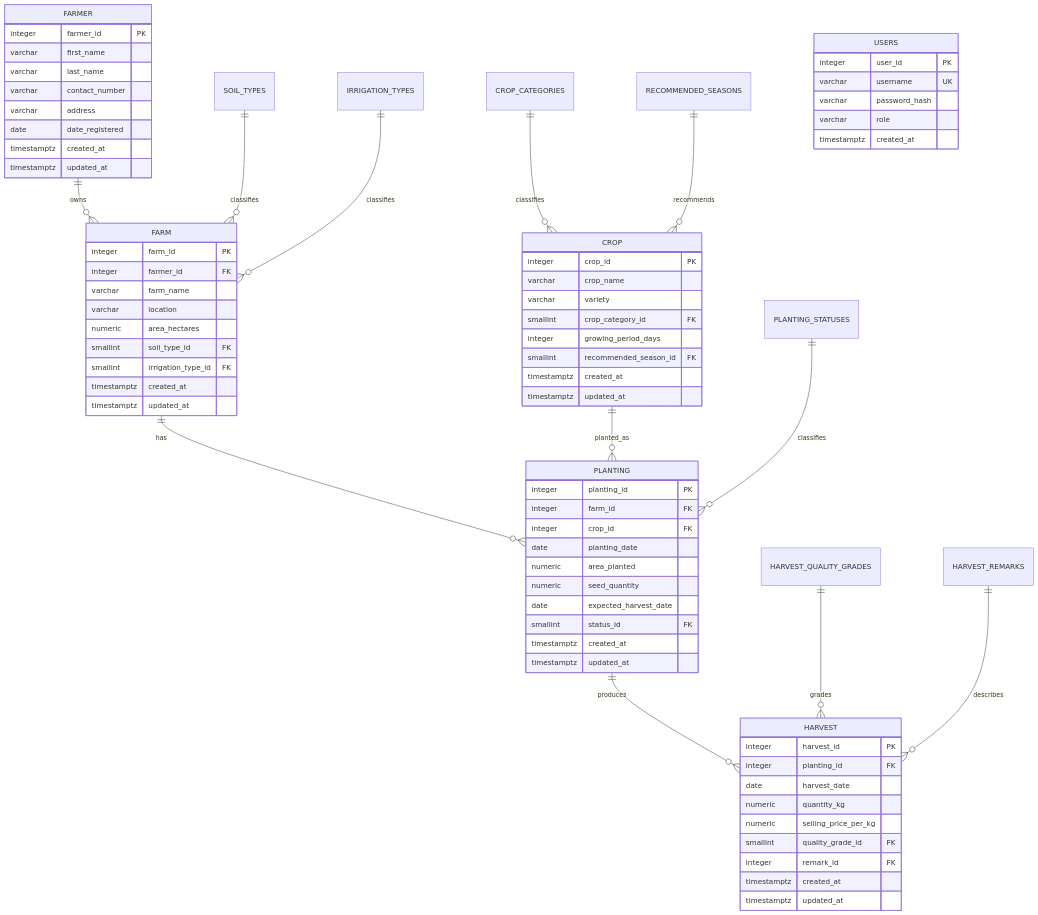
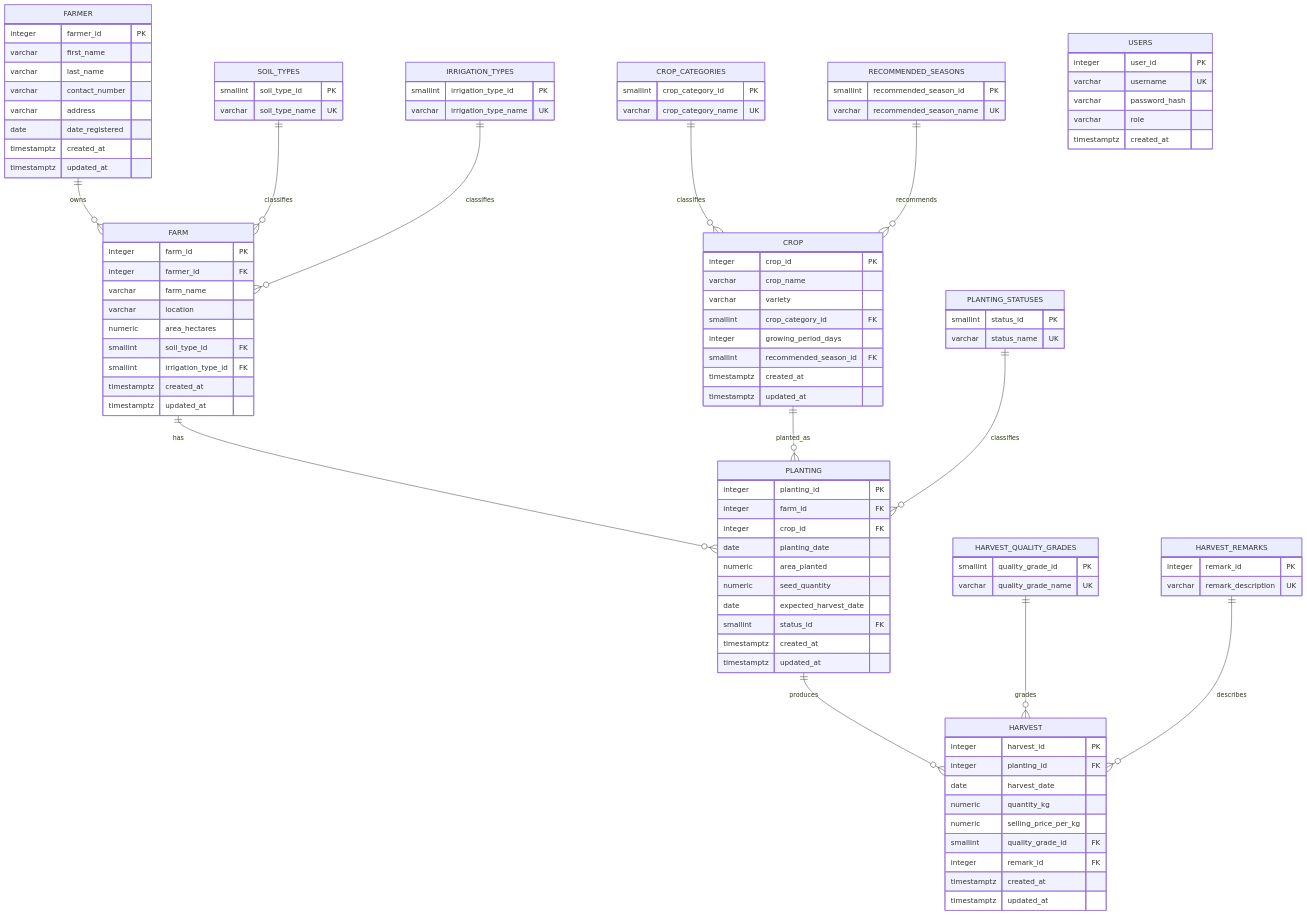
The diagram in PROJECT_DOCUMENTATION.md (coronelstephen4/FMidterm_Project), drawn with Mermaid before and after one commit. The commit also changed other lines of this file and 51 other files, not shown here.

````diff
--- a/PROJECT_DOCUMENTATION.md
+++ b/PROJECT_DOCUMENTATION.md
@@ -103,4 +121,32 @@
         varchar role
         timestamptz created_at
     }
+    SOIL_TYPES {
+        smallint soil_type_id PK
+        varchar soil_type_name UK
+    }
+    IRRIGATION_TYPES {
+        smallint irrigation_type_id PK
+        varchar irrigation_type_name UK
+    }
+    CROP_CATEGORIES {
+        smallint crop_category_id PK
+        varchar crop_category_name UK
+    }
+    RECOMMENDED_SEASONS {
+        smallint recommended_season_id PK
+        varchar recommended_season_name UK
+    }
+    PLANTING_STATUSES {
+        smallint status_id PK
+        varchar status_name UK
+    }
+    HARVEST_QUALITY_GRADES {
+        smallint quality_grade_id PK
+        varchar quality_grade_name UK
+    }
+    HARVEST_REMARKS {
+        integer remark_id PK
+        varchar remark_description UK
+    }
 ```
````
